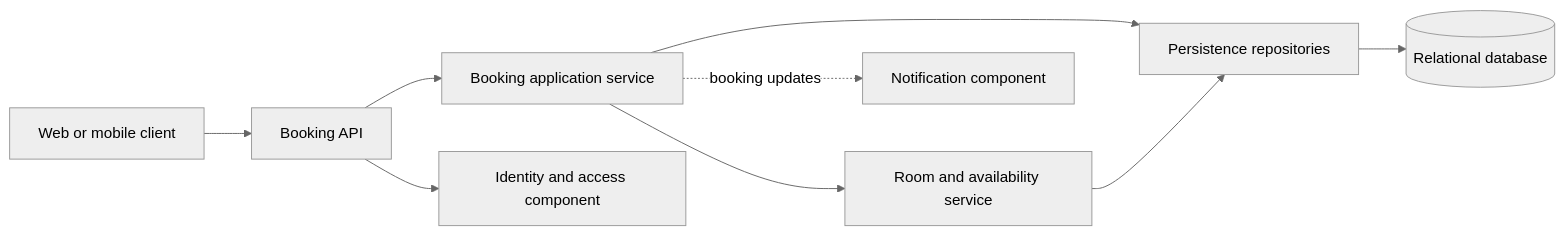
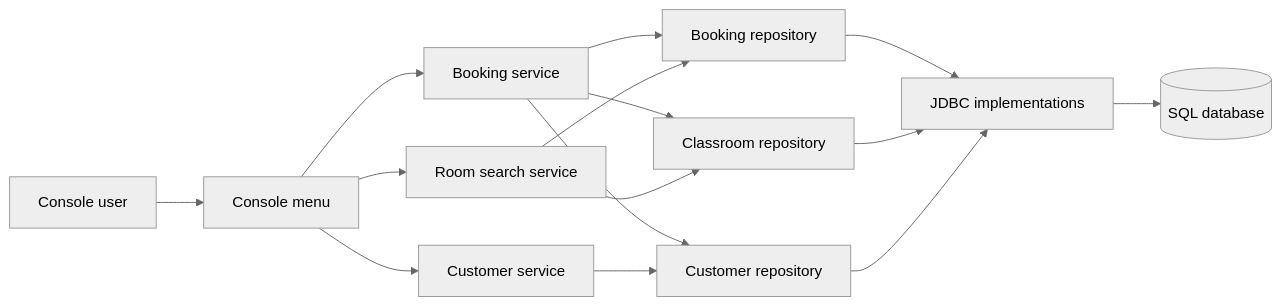
The first of 3 diagrams in docs/uml-design.md (tukue/classroom-booking-system), drawn with Mermaid (neutral theme) before and after one commit. The commit also changed other lines of this file, not shown here.

Commit message:
Align UML design with facility requirements

````diff
--- a/docs/uml-design.md
+++ b/docs/uml-design.md
@@ -11,20 +11,28 @@
 ```mermaid
 flowchart LR
-    Client[Web or mobile client]
-    API[Booking API]
-    BookingService[Booking application service]
-    RoomService[Room and availability service]
-    Identity[Identity and access component]
-    Repositories[Persistence repositories]
-    Database[(Relational database)]
-    Notifications[Notification component]
+    Operator[Console user]
+    Menu[Console menu]
+    BookingService[Booking service]
+    RoomService[Room search service]
+    CustomerService[Customer service]
+    BookingRepo[Booking repository]
+    RoomRepo[Classroom repository]
+    CustomerRepo[Customer repository]
+    JDBC[JDBC implementations]
+    Database[(SQL database)]
 
-    Client --> API
-    API --> Identity
-    API --> BookingService
-    BookingService --> RoomService
-    BookingService --> Repositories
-    RoomService --> Repositories
-    Repositories --> Database
-    BookingService -. booking updates .-> Notifications
+    Operator --> Menu
+    Menu --> BookingService
+    Menu --> RoomService
+    Menu --> CustomerService
+    BookingService --> BookingRepo
+    BookingService --> RoomRepo
+    BookingService --> CustomerRepo
+    RoomService --> RoomRepo
+    RoomService --> BookingRepo
+    CustomerService --> CustomerRepo
+    BookingRepo --> JDBC
+    RoomRepo --> JDBC
+    CustomerRepo --> JDBC
+    JDBC --> Database
 ```
````
